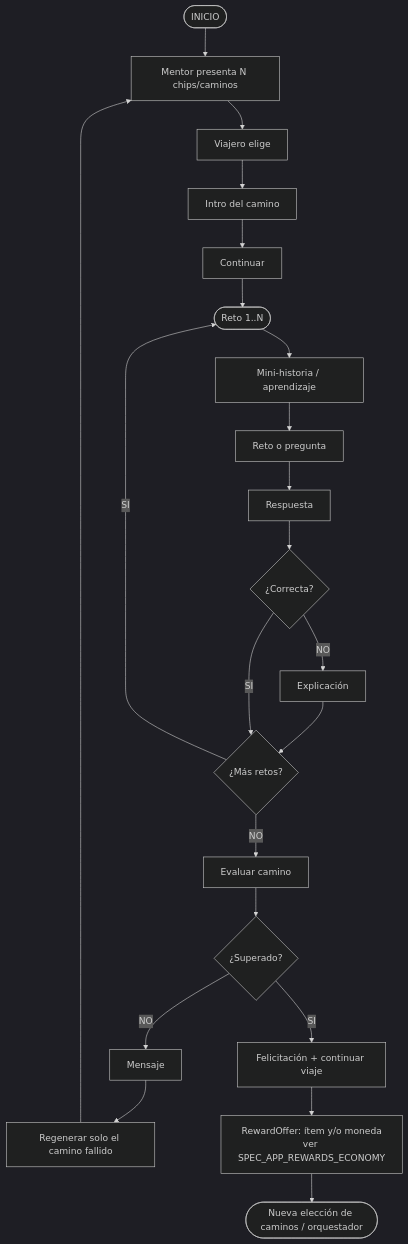
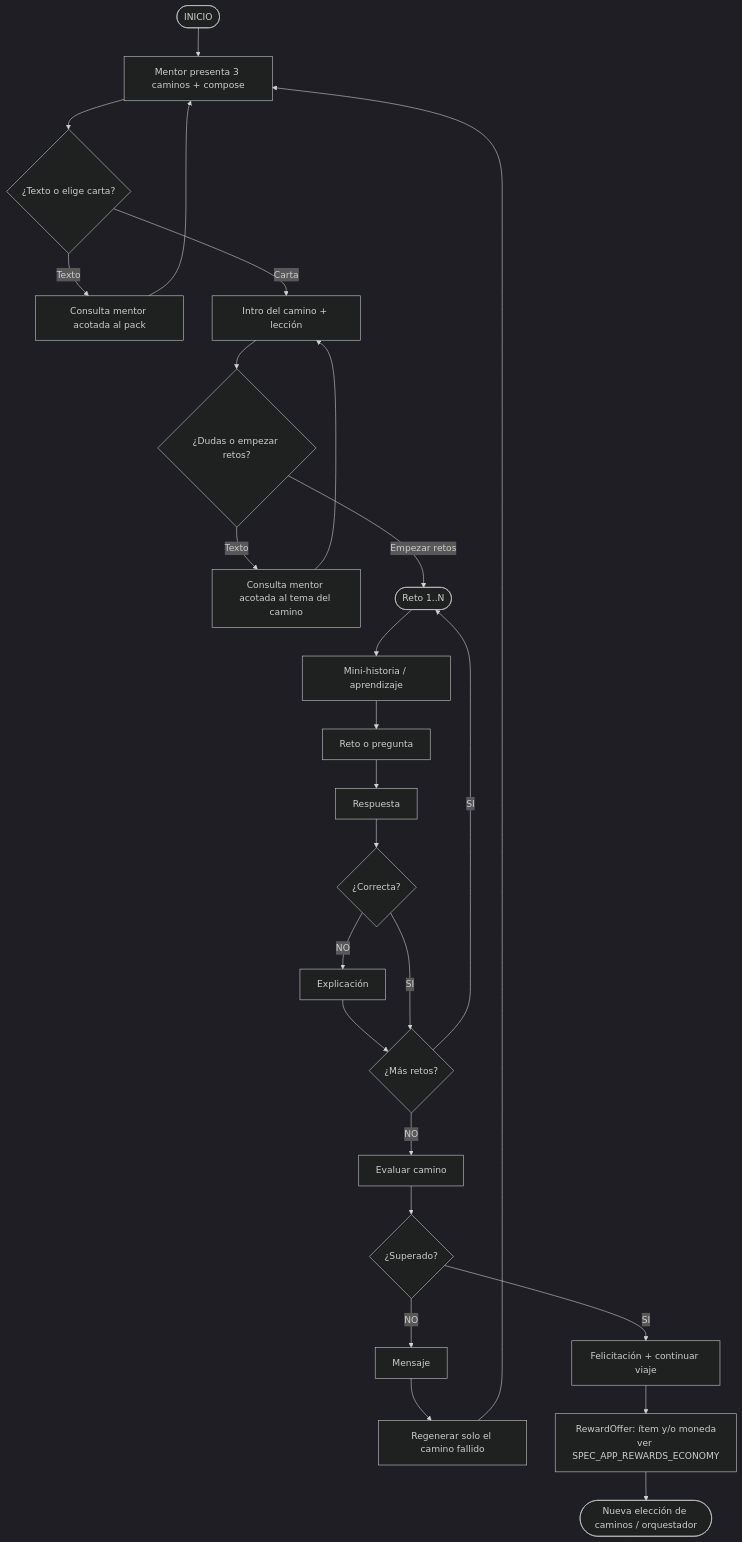
Before and after one commit to KuiperBelt-PRO/kidepik: the fourth of 6 diagrams in .cursor/specify/SPEC_APP_JOURNEY_MECHANICS.md, drawn with Mermaid (dark theme). The commit also changed other lines of this file and 36 other files, not shown here.

````diff
--- a/.cursor/specify/SPEC_APP_JOURNEY_MECHANICS.md
+++ b/.cursor/specify/SPEC_APP_JOURNEY_MECHANICS.md
@@ -116,24 +116,28 @@
 ```mermaid
 flowchart TD
-  A([INICIO]) --> B[Mentor presenta N chips/caminos]
-  B --> C[Viajero elige]
-  C --> D[Intro del camino]
-  D --> E[Continuar]
-  E --> F([Reto 1..N])
+  A([INICIO]) --> B[Mentor presenta 3 caminos + compose]
+  B --> C{¿Texto o elige carta?}
+  C -- Texto --> C2[Consulta mentor acotada al pack]
+  C2 --> B
+  C -- Carta --> D[Intro del camino + lección]
+  D --> E{¿Dudas o empezar retos?}
+  E -- Texto --> E2[Consulta mentor acotada al tema del camino]
+  E2 --> D
+  E -- Empezar retos --> F([Reto 1..N])
   F --> G[Mini-historia / aprendizaje]
   G --> H[Reto o pregunta]
   H --> I[Respuesta]
   I --> J{¿Correcta?}
   J -- NO --> K[Explicación]
   K --> L{¿Más retos?}
   J -- SI --> L
   L -- SI --> F
   L -- NO --> M[Evaluar camino]
   M --> N{¿Superado?}
   N -- NO --> O[Mensaje]
   O --> P[Regenerar solo el camino fallido]
   N -- SI --> Q[Felicitación + continuar viaje]
   Q --> R[RewardOffer: ítem y/o moneda<br/>ver SPEC_APP_REWARDS_ECONOMY]
   R --> P2([Nueva elección de caminos / orquestador])
   P --> B
 ```
````
